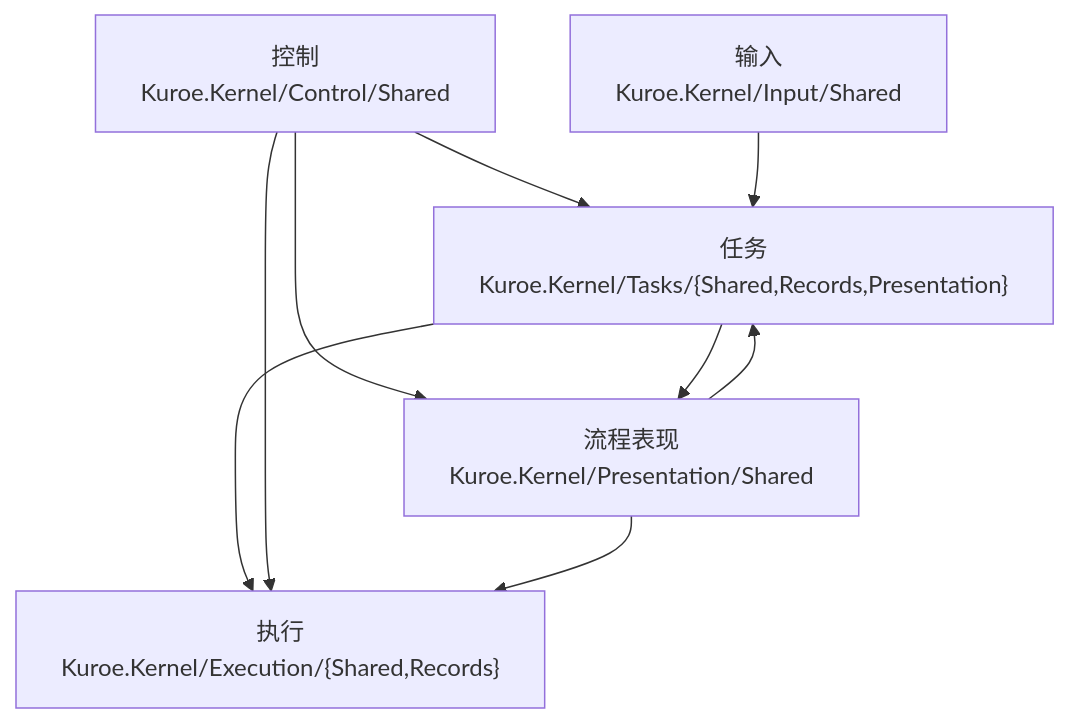
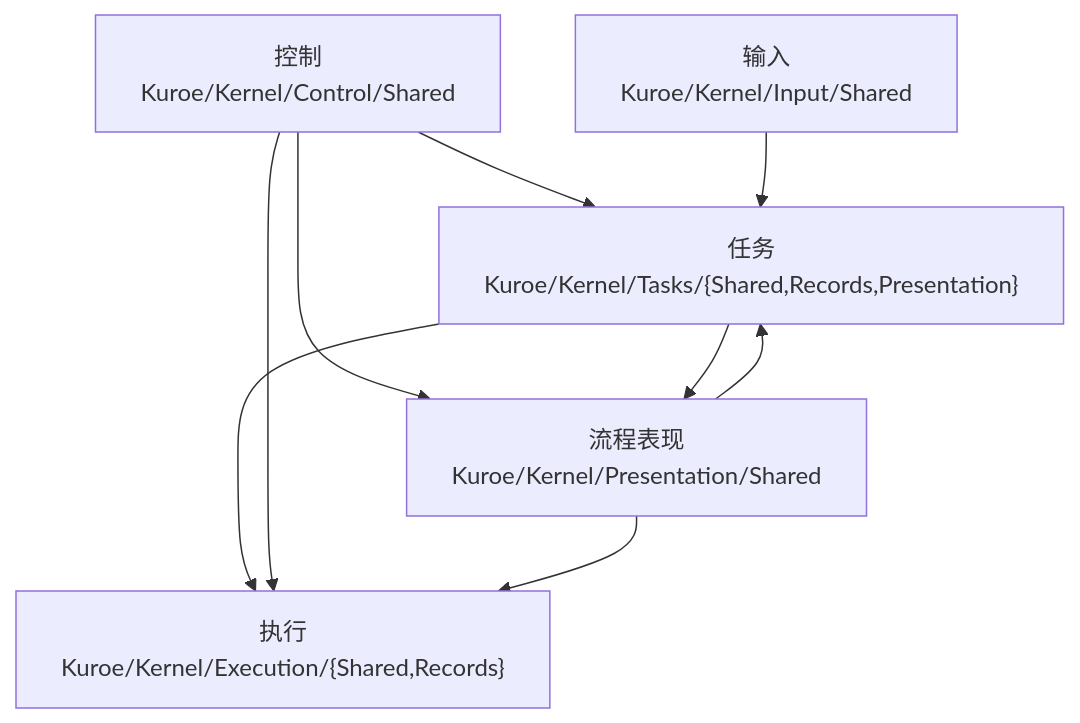
Before and after one commit to DrMelt/Kuroe: the diagram in docs/dev/architecture/functional-boundary/kernel/contracts/index.md, drawn with Mermaid. The commit also changed 1355 other files, not shown here.

````diff
--- a/docs/dev/architecture/functional-boundary/kernel/contracts/index.md
+++ b/docs/dev/architecture/functional-boundary/kernel/contracts/index.md
@@ -5,16 +5,16 @@
 ```mermaid
 flowchart TD
-    Tasks["任务<br>Kuroe.Kernel/Tasks/{Shared,Records,Presentation}"]
-    Execution["执行<br>Kuroe.Kernel/Execution/{Shared,Records}"]
-    Control["控制<br>Kuroe.Kernel/Control/Shared"]
-    Input["输入<br>Kuroe.Kernel/Input/Shared"]
-    Presentation["流程表现<br>Kuroe.Kernel/Presentation/Shared"]
+    Tasks["任务<br>Kuroe/Kernel/Tasks/{Shared,Records,Presentation}"]
+    Execution["执行<br>Kuroe/Kernel/Execution/{Shared,Records}"]
+    Control["控制<br>Kuroe/Kernel/Control/Shared"]
+    Input["输入<br>Kuroe/Kernel/Input/Shared"]
+    Presentation["流程表现<br>Kuroe/Kernel/Presentation/Shared"]
     Tasks --> Execution
     Control --> Tasks
     Control --> Execution
     Control --> Presentation
     Input --> Tasks
     Presentation --> Execution
     Presentation --> Tasks
     Tasks --> Presentation
 ```
````
